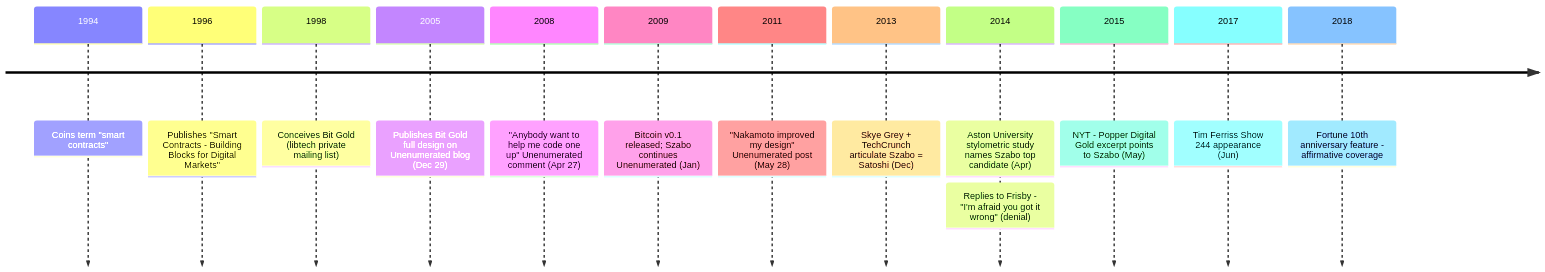
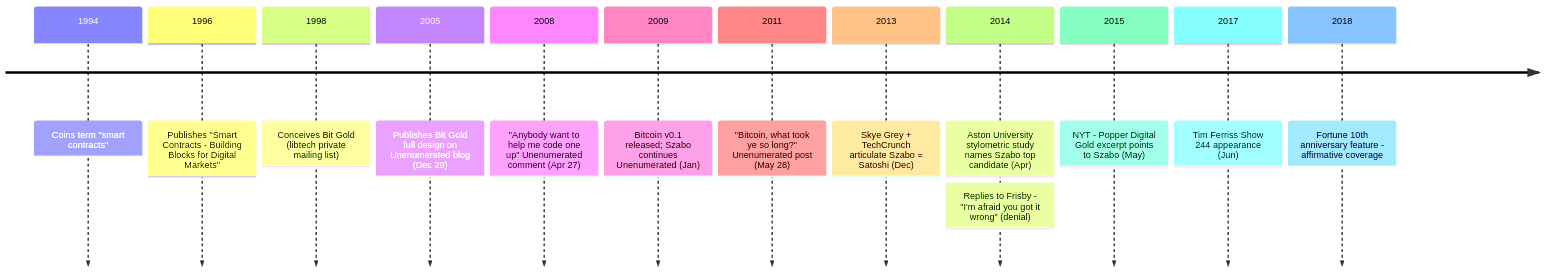
The diagram in src/data/entries/en/aftermath/2005-12-29-nick-szabo-biography.md (cypher256/BitcoinArchive), drawn with Mermaid before and after one commit. The commit also changed other lines of this file and 19 other files, not shown here.

````diff
--- a/src/data/entries/en/aftermath/2005-12-29-nick-szabo-biography.md
+++ b/src/data/entries/en/aftermath/2005-12-29-nick-szabo-biography.md
@@ -61,22 +61,22 @@
 ```mermaid
 timeline
     1994 : Coins term "smart contracts"
     1996 : Publishes "Smart Contracts - Building Blocks for Digital Markets"
     1998 : Conceives Bit Gold (libtech private mailing list)
     2005 : Publishes Bit Gold full design on Unenumerated blog (Dec 29)
     2008 : "Anybody want to help me code one up" Unenumerated comment (Apr 27)
     %% link: /BitcoinArchive/entries/aftermath/2008-04-27-nick-szabo-bit-gold-implementation-request/
     2009 : Bitcoin v0.1 released; Szabo continues Unenumerated (Jan)
     %% link: /BitcoinArchive/entries/aftermath/2009-01-09-bitcoin-v01-released/
-    2011 : "Nakamoto improved my design" Unenumerated post (May 28)
+    2011 : "Bitcoin, what took ye so long?" Unenumerated post (May 28)
     %% link: /BitcoinArchive/entries/aftermath/2011-05-28-nick-szabo-bitcoin-what-took-ye-so-long/
     2013 : Skye Grey + TechCrunch articulate Szabo = Satoshi (Dec)
     %% link: /BitcoinArchive/entries/aftermath/2013-12-05-techcrunch-skye-grey-szabo-stylometric/
     2014 : Aston University stylometric study names Szabo top candidate (Apr)
     %% link: /BitcoinArchive/entries/aftermath/2014-04-16-aston-university-szabo-stylometric-study/
          : Replies to Frisby - "I'm afraid you got it wrong" (denial)
     2015 : NYT - Popper Digital Gold excerpt points to Szabo (May)
     %% link: /BitcoinArchive/entries/aftermath/2015-05-15-popper-nyt-szabo-satoshi-investigation/
     2017 : Tim Ferriss Show 244 appearance (Jun)
     2018 : Fortune 10th anniversary feature - affirmative coverage
 ```
````
